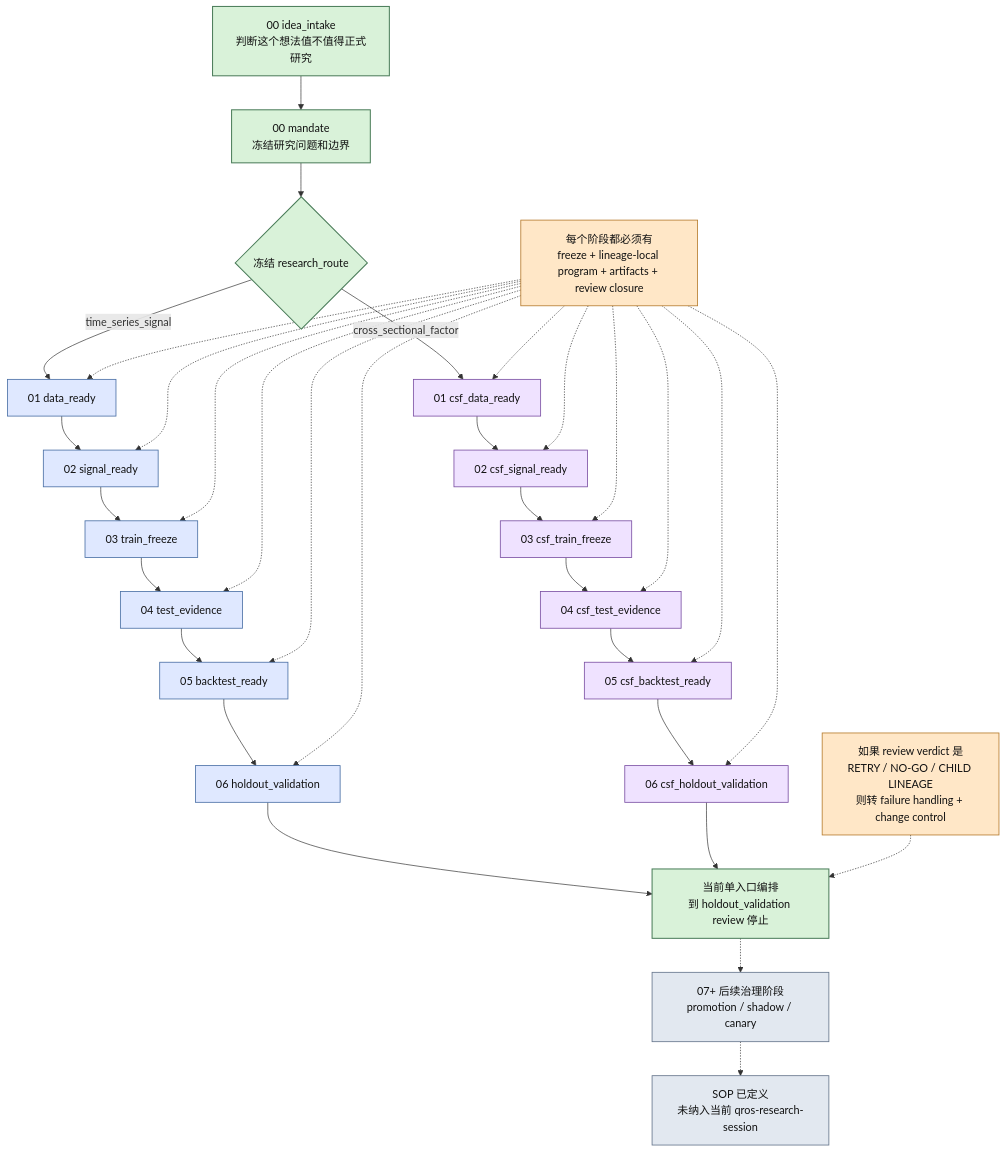
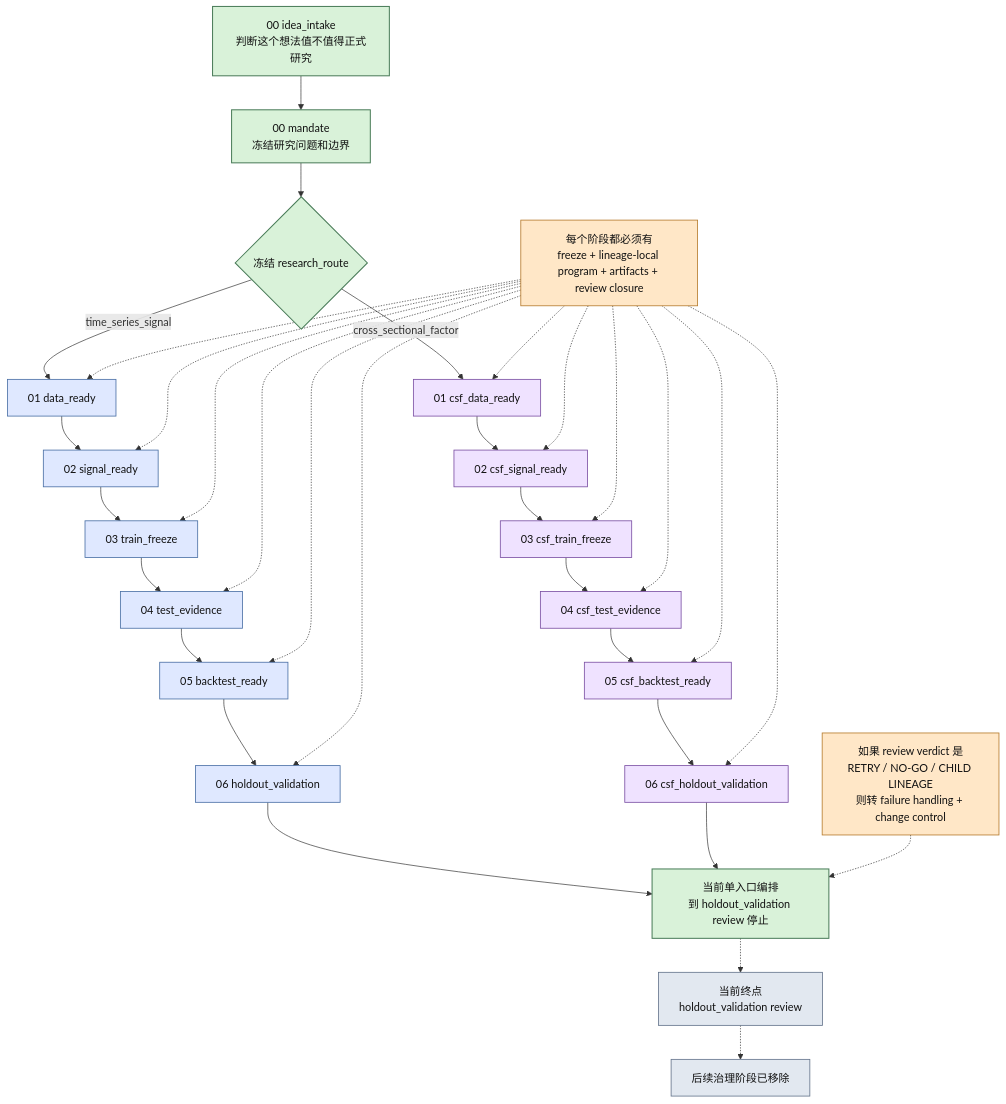
One commit to web3qt/quant-research-os changed the second of 2 diagrams in docs/visuals/README.md. Above: the diagram before and after it, drawn with Mermaid. The commit also changed other lines of this file and 64 other files, not shown here.

````diff
--- a/docs/visuals/README.md
+++ b/docs/visuals/README.md
@@ -78,51 +78,51 @@
 ```mermaid
 flowchart TB
     A["00 idea_intake<br/>判断这个想法值不值得正式研究"] --> B["00 mandate<br/>冻结研究问题和边界"]
     B --> C{"冻结 research_route"}
 
     C -->|time_series_signal| D["01 data_ready"]
     D --> E["02 signal_ready"]
     E --> F["03 train_freeze"]
     F --> G["04 test_evidence"]
     G --> H["05 backtest_ready"]
     H --> I["06 holdout_validation"]
 
     C -->|cross_sectional_factor| J["01 csf_data_ready"]
     J --> K["02 csf_signal_ready"]
     K --> L["03 csf_train_freeze"]
     L --> M["04 csf_test_evidence"]
     M --> N["05 csf_backtest_ready"]
     N --> O["06 csf_holdout_validation"]
 
     I --> P["当前单入口编排<br/>到 holdout_validation review 停止"]
     O --> P
-    P -.-> Q["07+ 后续治理阶段<br/>promotion / shadow / canary"]
-    Q -.-> R["SOP 已定义<br/>未纳入当前 qros-research-session"]
+    P -.-> Q["当前终点<br/>holdout_validation review"]
+    Q -.-> R["后续治理阶段已移除"]
 
     S["每个阶段都必须有<br/>freeze + lineage-local program + artifacts + review closure"] -.-> D
     S -.-> E
     S -.-> F
     S -.-> G
     S -.-> H
     S -.-> I
     S -.-> J
     S -.-> K
     S -.-> L
     S -.-> M
     S -.-> N
     S -.-> O
 
     T["如果 review verdict 是<br/>RETRY / NO-GO / CHILD LINEAGE<br/>则转 failure handling + change control"] -.-> P
 
     classDef main fill:#d9f2d9,stroke:#4a7c59,stroke-width:1.5px,color:#111;
     classDef ts fill:#dfe8ff,stroke:#4a6fa5,stroke-width:1.2px,color:#111;
     classDef csf fill:#efe2ff,stroke:#7a4fa3,stroke-width:1.2px,color:#111;
     classDef gov fill:#ffe7c7,stroke:#b67b2d,stroke-width:1.2px,color:#111;
     classDef future fill:#e2e8f0,stroke:#64748b,stroke-width:1.2px,color:#111;
 
     class A,B,C,P main;
     class D,E,F,G,H,I ts;
     class J,K,L,M,N,O csf;
     class S,T gov;
     class Q,R future;
 ```
````
